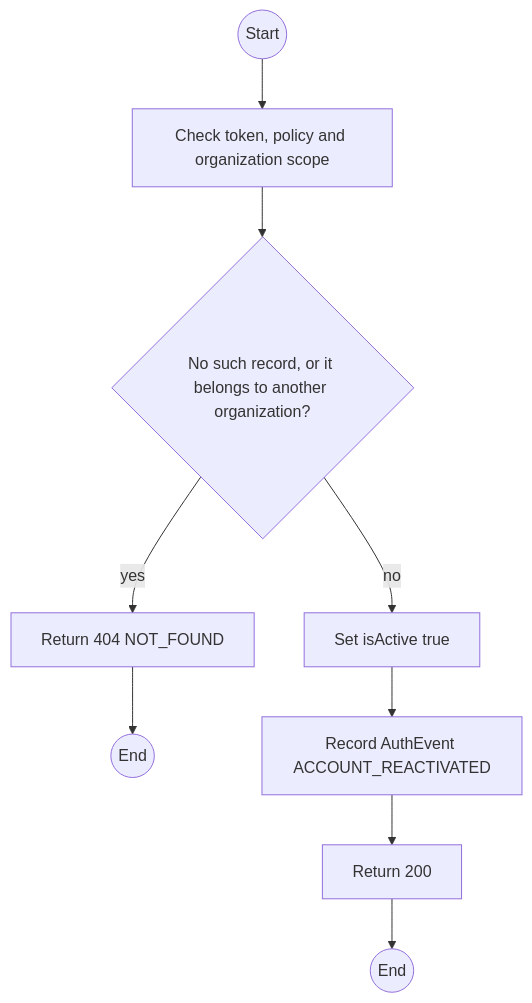
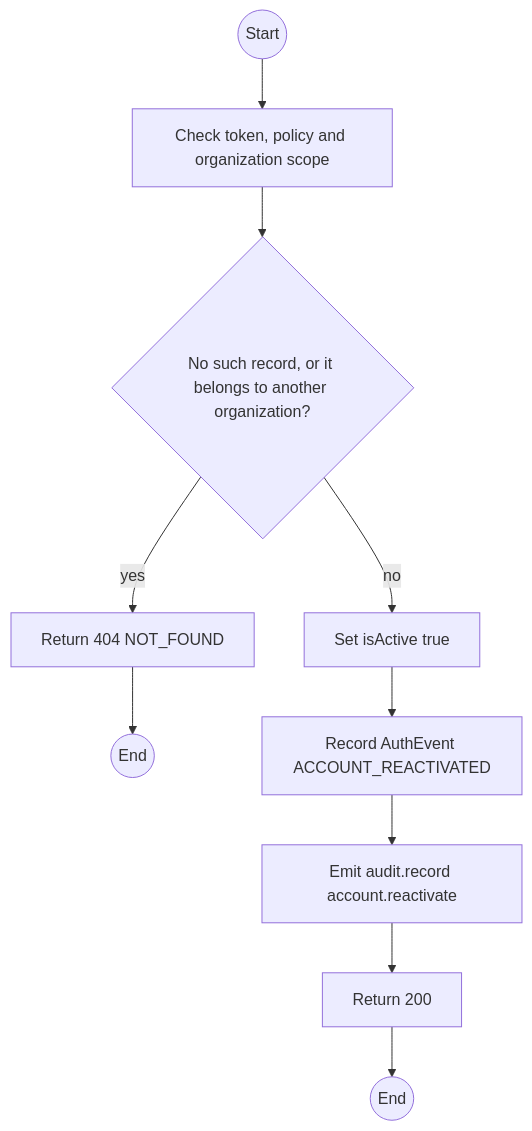
One commit to TrekLink-Team/treklink-web changed the first of 2 diagrams in specs/auth/api-design/13-post-accounts-id-reactivate.md. Above: the diagram before and after it, drawn with Mermaid. The commit also changed other lines of this file and 4 other files, not shown here.

````diff
--- a/specs/auth/api-design/13-post-accounts-id-reactivate.md
+++ b/specs/auth/api-design/13-post-accounts-id-reactivate.md
@@ -116,18 +116,20 @@
 ```mermaid
 flowchart TB
     S((Start))
     A0["Check token, policy and organization scope"]
     S --> A0
     D1{"No such record, or it belongs to another organization?"}
     A0 --> D1
     E1["Return 404 NOT_FOUND"]
     D1 -->|yes| E1
     E1 --> X1((End))
     P0["Set isActive true"]
     D1 -->|no| P0
     P1["Record AuthEvent ACCOUNT_REACTIVATED"]
     P0 --> P1
+    P2["Emit audit.record account.reactivate"]
+    P1 --> P2
     OK["Return 200"]
-    P1 --> OK
+    P2 --> OK
     OK --> Z((End))
 ```
````
